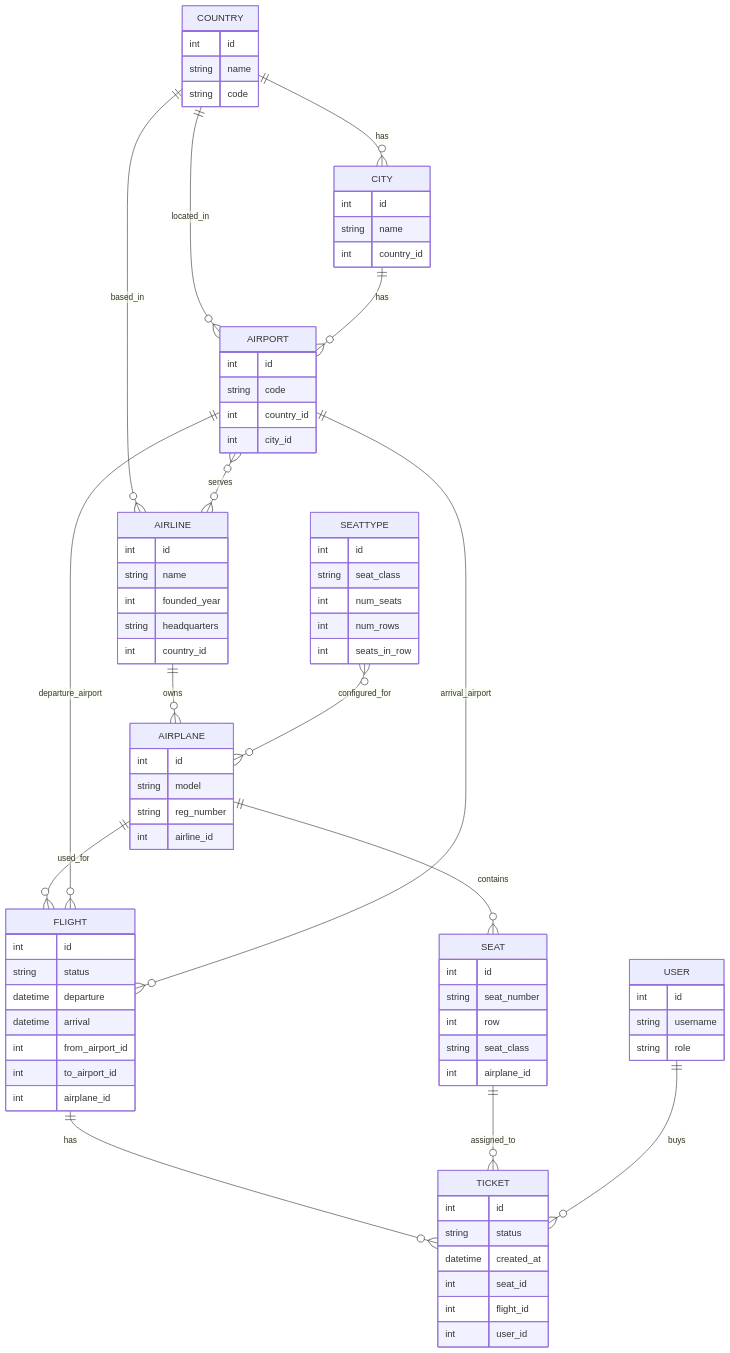
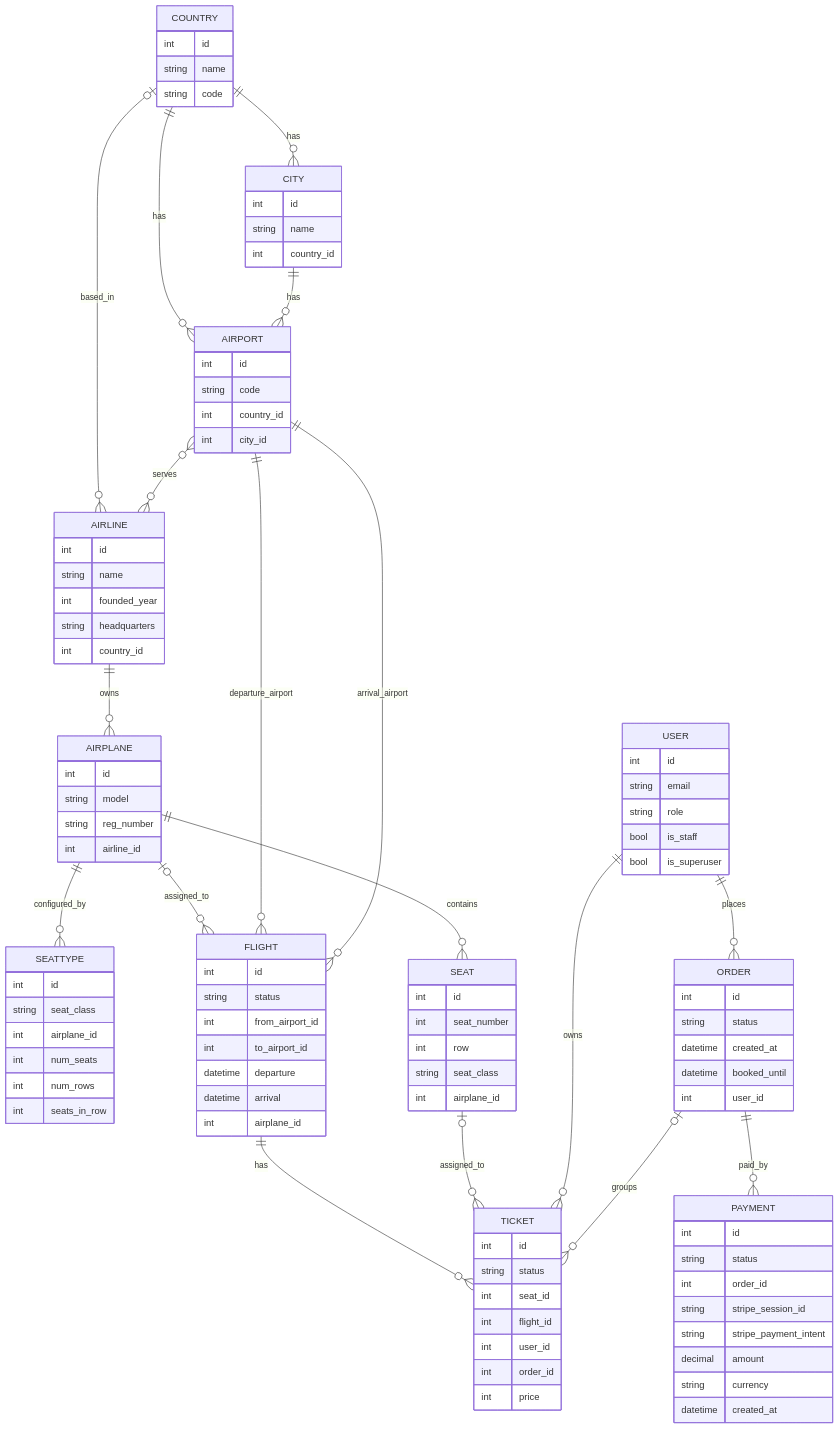
One commit to HalasOleh/airport-api changed the diagram in airport_models_diagram.md. Above: the diagram before and after it, drawn with Mermaid. The commit also changed other lines of this file and 12 other files, not shown here.

````diff
--- a/airport_models_diagram.md
+++ b/airport_models_diagram.md
@@ -3,24 +3,27 @@
 ```mermaid
 erDiagram
-    COUNTRY ||--o{ CITY : "has"
-    COUNTRY ||--o{ AIRPORT : "located_in"
-    COUNTRY ||--o{ AIRLINE : "based_in"
+    COUNTRY ||--o{ CITY : has
+    COUNTRY ||--o{ AIRPORT : has
+    COUNTRY |o--o{ AIRLINE : based_in
 
-    CITY ||--o{ AIRPORT : "has"
+    CITY ||--o{ AIRPORT : has
 
-    AIRPORT }o--o{ AIRLINE : "serves"
-    AIRLINE ||--o{ AIRPLANE : "owns"
+    AIRPORT }o--o{ AIRLINE : serves
+    AIRLINE ||--o{ AIRPLANE : owns
 
-    SEATTYPE }o--o{ AIRPLANE : "configured_for"
-    AIRPLANE ||--o{ SEAT : "contains"
-    AIRPLANE ||--o{ FLIGHT : "used_for"
+    AIRPLANE ||--o{ SEATTYPE : configured_by
+    AIRPLANE ||--o{ SEAT : contains
+    AIRPLANE |o--o{ FLIGHT : assigned_to
 
-    AIRPORT ||--o{ FLIGHT : "departure_airport"
-    AIRPORT ||--o{ FLIGHT : "arrival_airport"
+    AIRPORT ||--o{ FLIGHT : departure_airport
+    AIRPORT ||--o{ FLIGHT : arrival_airport
 
-    FLIGHT ||--o{ TICKET : "has"
-    SEAT ||--o{ TICKET : "assigned_to"
-    USER ||--o{ TICKET : "buys"
+    FLIGHT ||--o{ TICKET : has
+    SEAT |o--o{ TICKET : assigned_to
+    USER ||--o{ TICKET : owns
+    USER ||--o{ ORDER : places
+    ORDER |o--o{ TICKET : groups
+    ORDER ||--o{ PAYMENT : paid_by
 
     COUNTRY {
         int id
@@ -52,6 +55,7 @@
     SEATTYPE {
         int id
         string seat_class
+        int airplane_id
         int num_seats
         int num_rows
         int seats_in_row
@@ -66,7 +70,7 @@
 
     SEAT {
         int id
-        string seat_number
+        int seat_number
         int row
         string seat_class
         int airplane_id
@@ -75,25 +79,47 @@
     FLIGHT {
         int id
         string status
+        int from_airport_id
+        int to_airport_id
         datetime departure
         datetime arrival
-        int from_airport_id
-        int to_airport_id
         int airplane_id
     }
 
     TICKET {
         int id
         string status
-        datetime created_at
         int seat_id
         int flight_id
         int user_id
+        int order_id
+        int price
+    }
+
+    ORDER {
+        int id
+        string status
+        datetime created_at
+        datetime booked_until
+        int user_id
+    }
+
+    PAYMENT {
+        int id
+        string status
+        int order_id
+        string stripe_session_id
+        string stripe_payment_intent
+        decimal amount
+        string currency
+        datetime created_at
     }
 
     USER {
         int id
-        string username
+        string email
         string role
+        bool is_staff
+        bool is_superuser
     }
 ```
````
